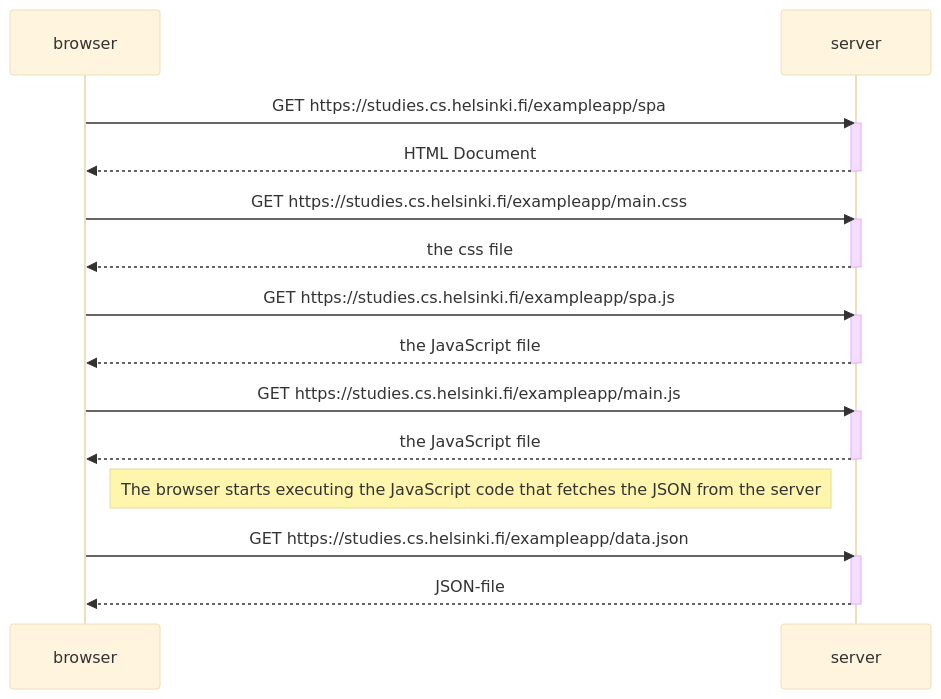
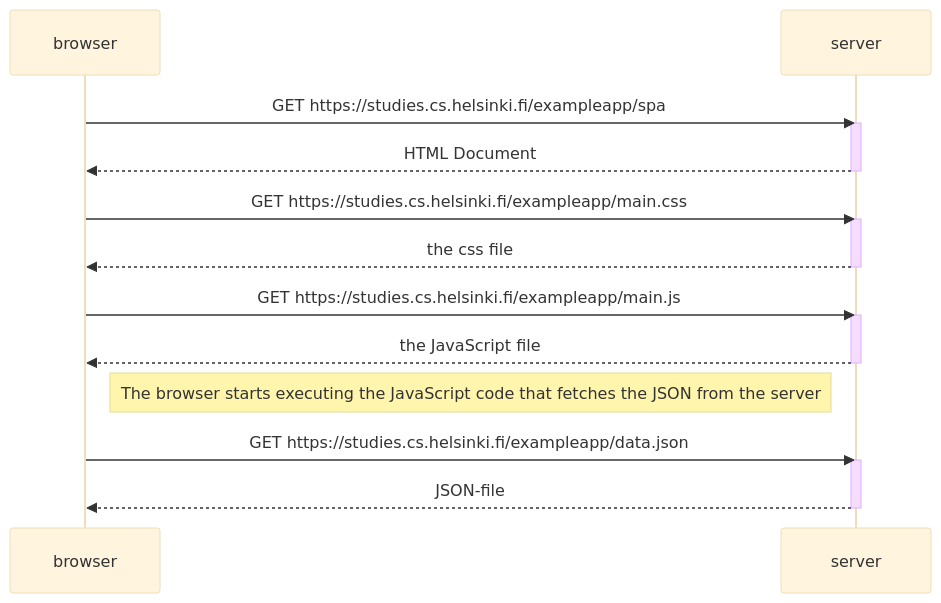
The diagram in 05_singela_page_app.md (sarkilahtisa/Palautusrepositorio), drawn with Mermaid (base theme) before and after one commit.

````diff
--- a/05_singela_page_app.md
+++ b/05_singela_page_app.md
@@ -1,32 +1,27 @@
 ```mermaid
 sequenceDiagram
     participant browser
     participant server
     
     browser->>server: GET https://studies.cs.helsinki.fi/exampleapp/spa
     activate server
     server-->>browser: HTML Document
     deactivate server
     
     browser->>server: GET https://studies.cs.helsinki.fi/exampleapp/main.css
     activate server
     server-->>browser: the css file
     deactivate server
     
-    browser->>server: GET https://studies.cs.helsinki.fi/exampleapp/spa.js
-    activate server
-    server-->>browser: the JavaScript file
-    deactivate server
-    
     browser->>server: GET https://studies.cs.helsinki.fi/exampleapp/main.js
     activate server
     server-->>browser: the JavaScript file
     deactivate server
     
     Note right of browser: The browser starts executing the JavaScript code that fetches the JSON from the server
     
     browser->>server: GET https://studies.cs.helsinki.fi/exampleapp/data.json
     activate server
     server-->>browser: JSON-file
     deactivate server    
 ```
````
